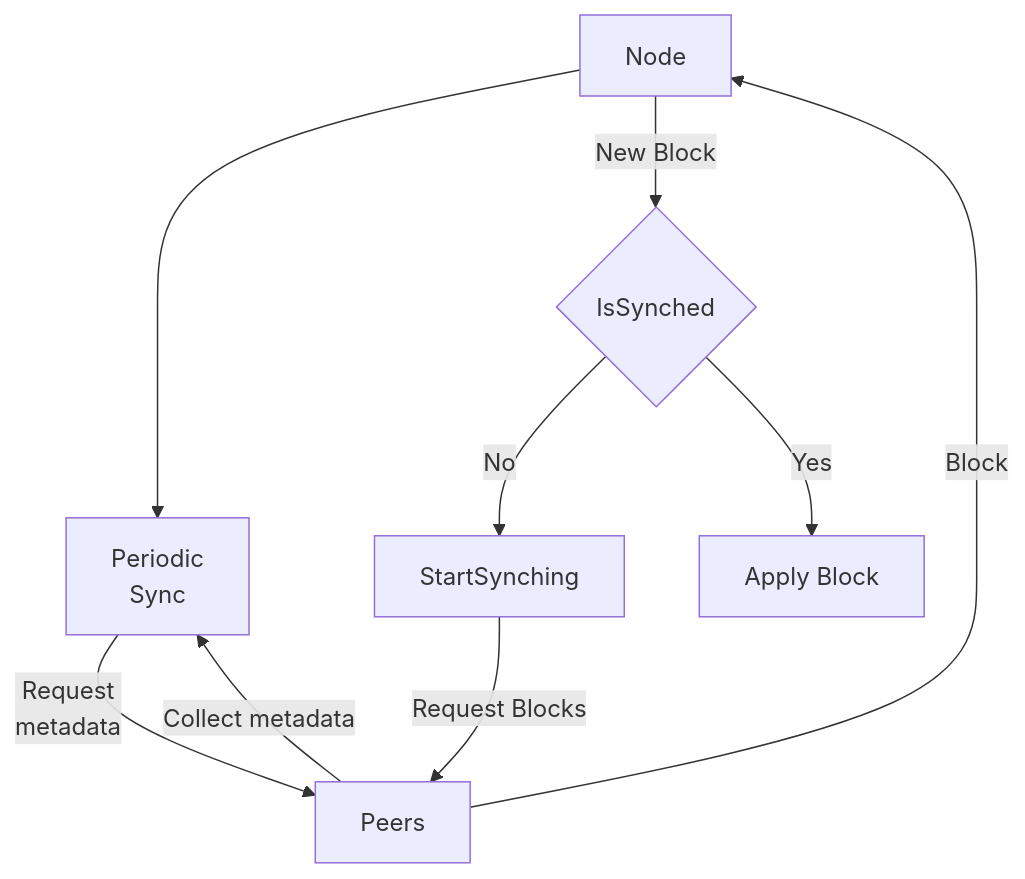
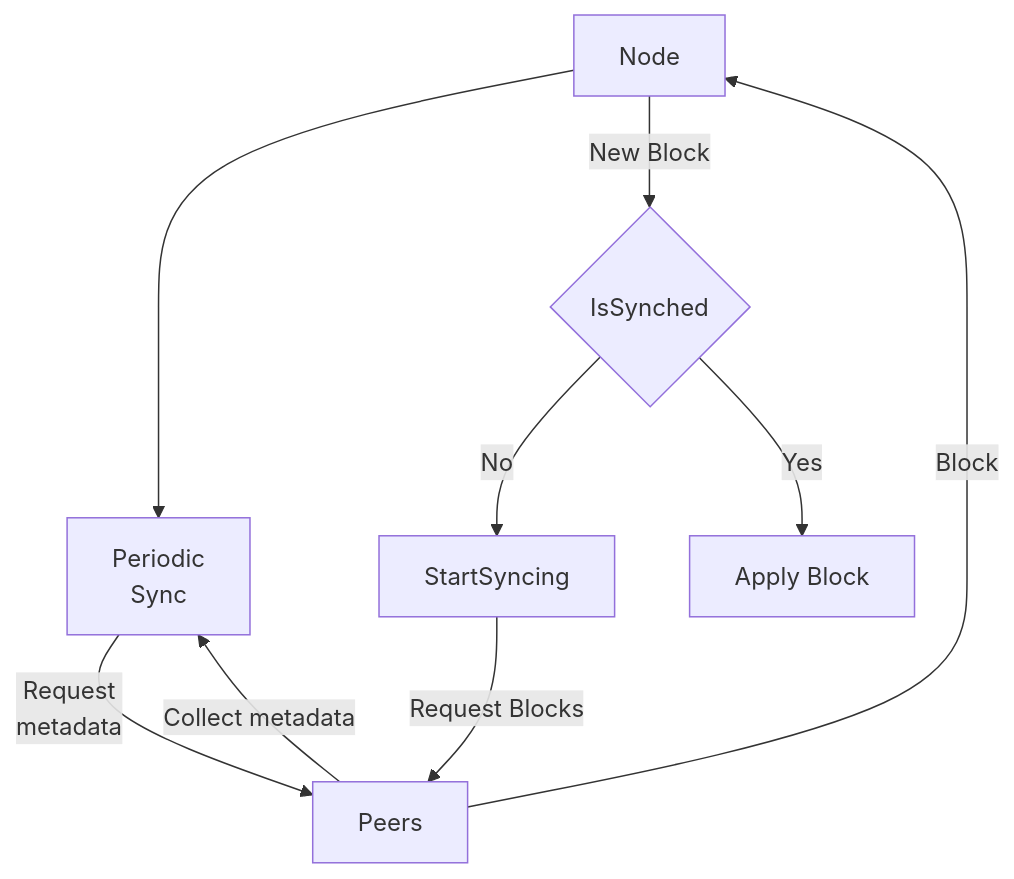
Before and after one commit to pokt-network/pocket: the second of 5 diagrams in consensus/doc/PROTOCOL_STATE_SYNC.md, drawn with Mermaid. The commit also changed other lines of this file and 3 other files, not shown here.

````diff
--- a/consensus/doc/PROTOCOL_STATE_SYNC.md
+++ b/consensus/doc/PROTOCOL_STATE_SYNC.md
@@ -107,20 +107,20 @@
 ```mermaid
 flowchart TD
     %% start
     A[Node] --> B[Periodic <br> Sync]
     A[Node] --> |New Block| C{IsSynched}
 
     %% periodic snyc
     B --> |Request <br> metadata| D[Peers]
     D[Peers] --> |Collect metadata| B[Periodic <br> Sync]
 
 
     %% is node sycnhed
-    C -->  |No| E[StartSynching]
+    C -->  |No| E[StartSyncing]
     C -->  |Yes| F[Apply Block]
 
     %% syncing
     E --> |Request Blocks| D[Peers]
     D[Peers] --> |Block| A[Node] 
 
 ```
````
